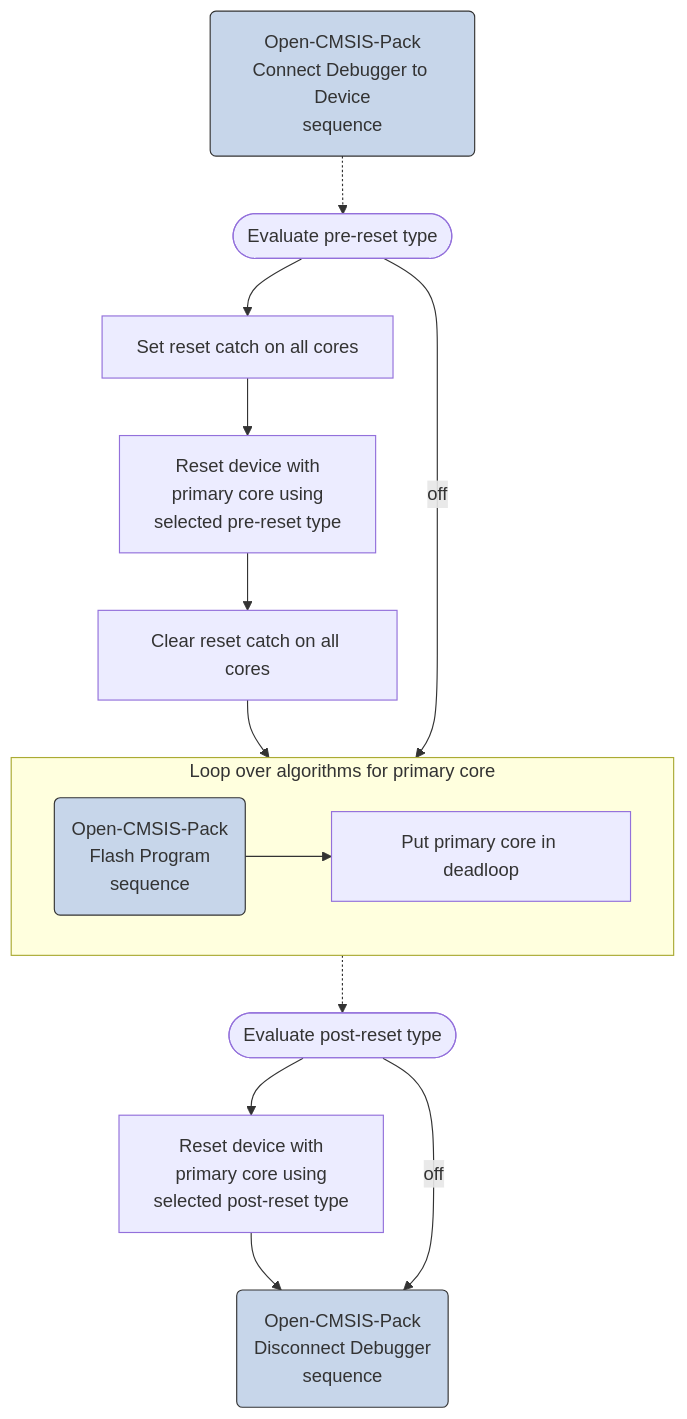
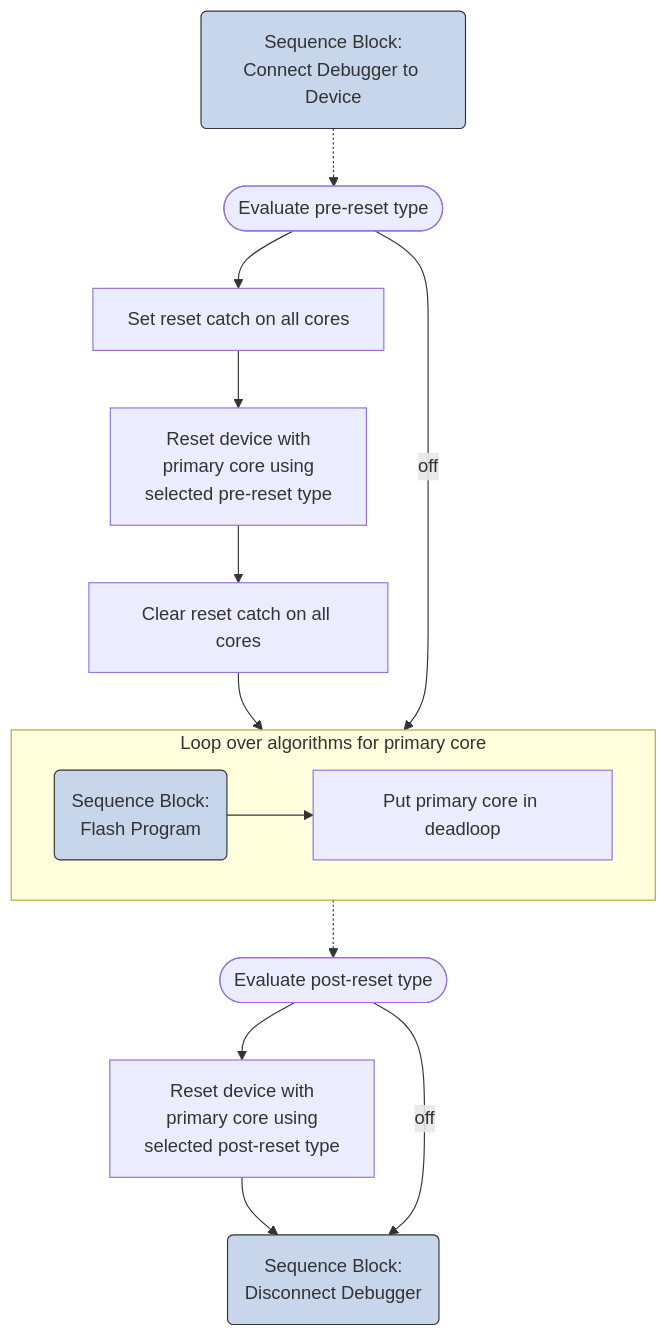
Before and after one commit to Open-CMSIS-Pack/cmsis-toolbox: the second of 4 diagrams in docs/pyOCD-Debugger.md, drawn with Mermaid. The commit also changed other lines of this file and 11 other files, not shown here.

````diff
--- a/docs/pyOCD-Debugger.md
+++ b/docs/pyOCD-Debugger.md
@@ -590,27 +713,27 @@
 ```mermaid
 flowchart TD
   classDef seq fill:#c7d6ea,stroke:#333;
 
-  B0(Open-CMSIS-Pack<br>Connect Debugger to Device<br>sequence):::seq
+  B0(Sequence Block:<br>Connect Debugger to Device):::seq
   click B0 "https://open-cmsis-pack.github.io/Open-CMSIS-Pack-Spec/main/html/debug_description.html#usage_of_sequences"
   B0 -.-> B1
   B1([Evaluate pre-reset type])
   B1 --> B2
   B2[Set reset catch on all cores] --> B3
   B3[Reset device with<br>primary core using<br>selected pre-reset type] --> B4
   B4[Clear reset catch on all cores] --> loop
   B1 -- off --> loop
   subgraph loop[Loop over algorithms for primary core]
-    B5(Open-CMSIS-Pack<br>Flash Program<br>sequence):::seq
+    B5(Sequence Block:<br>Flash Program):::seq
     click B5 "https://open-cmsis-pack.github.io/Open-CMSIS-Pack-Spec/main/html/algorithmFunc.html"
     B5 --> B6
     B6[Put primary core in deadloop] 
   end
   loop -.-> B7
   B7([Evaluate post-reset type])
   B7 --> B8
   B8[Reset device with<br>primary core using<br>selected post-reset type] --> B9
   B7 -- off --> B9
-  B9(Open-CMSIS-Pack<br>Disconnect Debugger<br>sequence):::seq
+  B9(Sequence Block:<br>Disconnect Debugger):::seq
   click B9 "https://open-cmsis-pack.github.io/Open-CMSIS-Pack-Spec/main/html/debug_description.html#usage_of_sequences"
 ```
````
